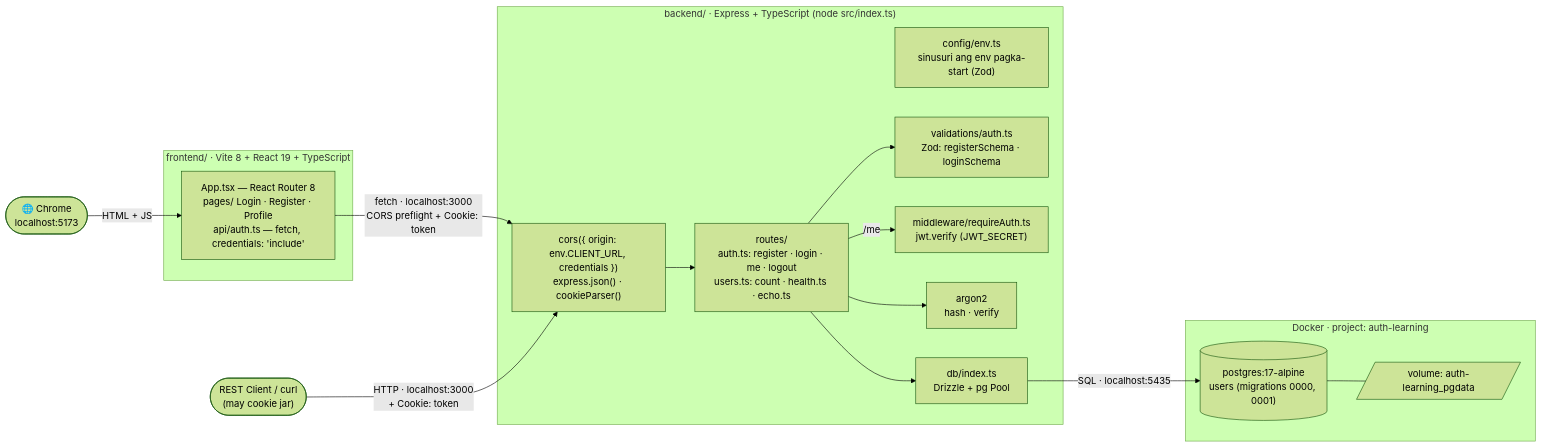
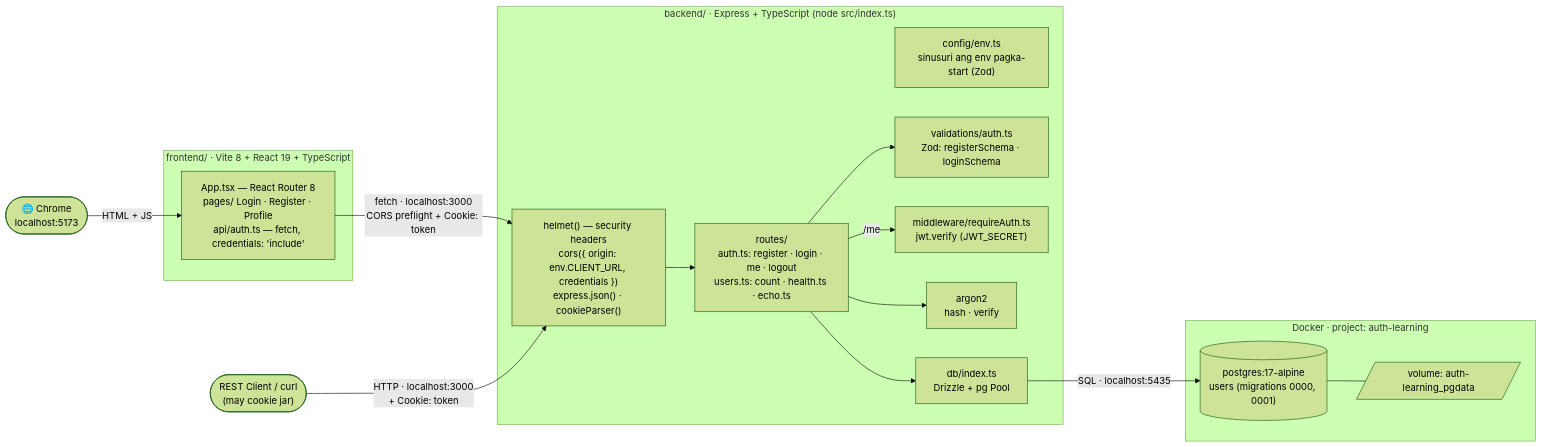
Before and after one commit to nelson1869-ai/auth-learning: the first of 3 diagrams in docs/diagrams/00-architecture.md, drawn with Mermaid (forest theme). The commit also changed other lines of this file and 5 other files, not shown here.

````diff
--- a/docs/diagrams/00-architecture.md
+++ b/docs/diagrams/00-architecture.md
@@ -12,29 +12,29 @@
 ```mermaid
 flowchart LR
     Browser(["🌐 Chrome<br/>localhost:5173"]) -->|"HTML + JS"| FE
     subgraph FEG["frontend/ · Vite 8 + React 19 + TypeScript"]
         FE["App.tsx — React Router 8<br/>pages/ Login · Register · Profile<br/>api/auth.ts — fetch, credentials: 'include'"]
     end
     FE -->|"fetch · localhost:3000<br/>CORS preflight + Cookie: token"| MW
     Client(["REST Client / curl<br/>(may cookie jar)"]) -->|"HTTP · localhost:3000<br/>+ Cookie: token"| MW
     subgraph BE["backend/ · Express + TypeScript (node src/index.ts)"]
-        MW["cors({ origin: env.CLIENT_URL, credentials })<br/>express.json() · cookieParser()"]
+        MW["helmet() — security headers<br/>cors({ origin: env.CLIENT_URL, credentials })<br/>express.json() · cookieParser()"]
         Env["config/env.ts<br/>sinusuri ang env pagka-start (Zod)"]
         Routes["routes/<br/>auth.ts: register · login · me · logout<br/>users.ts: count · health.ts · echo.ts"]
         Val["validations/auth.ts<br/>Zod: registerSchema · loginSchema"]
         Auth["middleware/requireAuth.ts<br/>jwt.verify (JWT_SECRET)"]
         Hash["argon2<br/>hash · verify"]
         DB["db/index.ts<br/>Drizzle + pg Pool"]
         MW --> Routes
         Routes --> Val
         Routes -->|"/me"| Auth
         Routes --> Hash
         Routes --> DB
     end
     DB -->|"SQL · localhost:5435"| PG
     subgraph Docker["Docker · project: auth-learning"]
         PG[("postgres:17-alpine<br/>users (migrations 0000, 0001)")]
         Vol[/"volume: auth-learning_pgdata"/]
         PG --- Vol
     end
 ```
````
